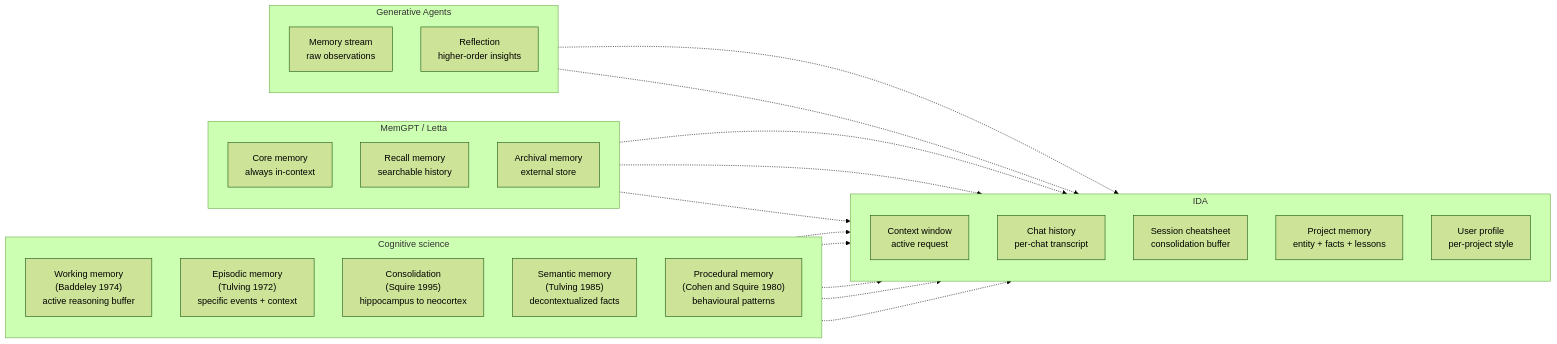
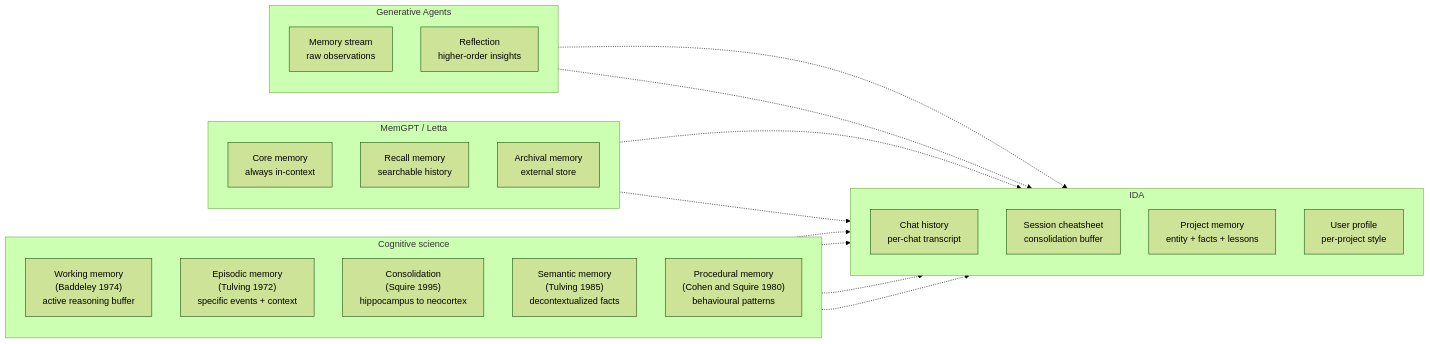
Before and after one commit to wiedersehne/Ida-arch: the second of 6 diagrams in memory_design.md, drawn with Mermaid (forest theme). The commit also changed other lines of this file, not shown here.

````diff
--- a/memory_design.md
+++ b/memory_design.md
@@ -71,46 +71,43 @@
 ```mermaid
 flowchart LR
     subgraph COG ["Cognitive science"]
         direction TB
         WM["Working memory\n(Baddeley 1974)\nactive reasoning buffer"]
         EP["Episodic memory\n(Tulving 1972)\nspecific events + context"]
         CBUF["Consolidation\n(Squire 1995)\nhippocampus to neocortex"]
         SEM["Semantic memory\n(Tulving 1985)\ndecontextualized facts"]
         PROC["Procedural memory\n(Cohen and Squire 1980)\nbehavioural patterns"]
     end
 
     subgraph MG ["MemGPT / Letta"]
         direction TB
         CORE["Core memory\nalways in-context"]
         RECALL["Recall memory\nsearchable history"]
         ARCH["Archival memory\nexternal store"]
     end
 
     subgraph GA ["Generative Agents"]
         direction TB
         STREAM["Memory stream\nraw observations"]
         REFL["Reflection\nhigher-order insights"]
     end
 
     subgraph IDA ["IDA"]
         direction TB
-        CTX["Context window\nactive request"]
         CH["Chat history\nper-chat transcript"]
         CSH["Session cheatsheet\nconsolidation buffer"]
         PM["Project memory\nentity + facts + lessons"]
         UP["User profile\nper-project style"]
     end
 
-    WM -.-> CTX
     EP -.-> CH
     CBUF -.-> CSH
     SEM -.-> PM
     PROC -.-> UP
 
-    CORE -.-> CTX
     RECALL -.-> CH
     ARCH -.-> PM
 
     STREAM -.-> CH
     REFL -.-> PM
 ```
````
